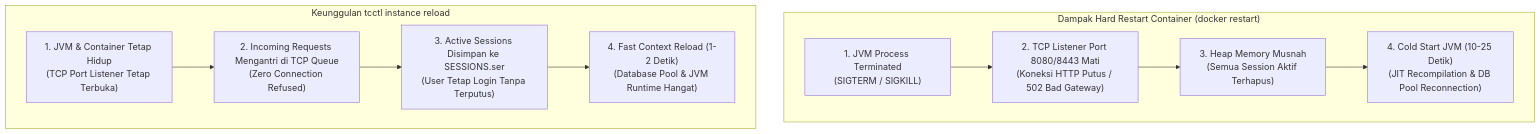
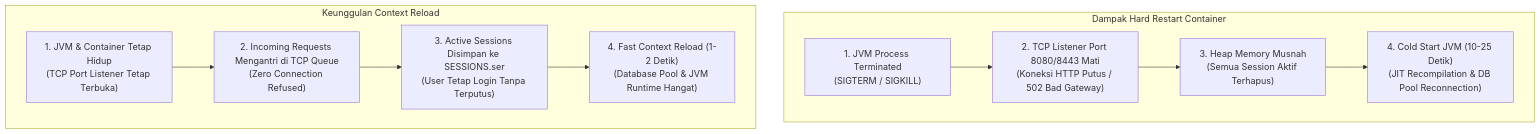
One commit to edkas07-oss/personal-site changed the first of 3 diagrams in content/articles/zero-downtime-tomcat-context-reload-tanpa-memutus-session-tcctl.md. Above: the diagram before and after it, drawn with Mermaid. The commit also changed other lines of this file, not shown here.

Commit message:
docs(article): remove raw code snippets and streamline narrative flow

```diff
--- a/content/articles/zero-downtime-tomcat-context-reload-tanpa-memutus-session-tcctl.md
+++ b/content/articles/zero-downtime-tomcat-context-reload-tanpa-memutus-session-tcctl.md
@@ -39,14 +39,14 @@
 {{< mermaid >}}
 flowchart TD
-    subgraph HARD_RESTART["Dampak Hard Restart Container (docker restart)"]
+    subgraph HARD_RESTART["Dampak Hard Restart Container"]
         A1["1. JVM Process Terminated<br/>(SIGTERM / SIGKILL)"] --> A2["2. TCP Listener Port 8080/8443 Mati<br/>(Koneksi HTTP Putus / 502 Bad Gateway)"]
         A2 --> A3["3. Heap Memory Musnah<br/>(Semua Session Aktif Terhapus)"]
         A3 --> A4["4. Cold Start JVM (10-25 Detik)<br/>(JIT Recompilation & DB Pool Reconnection)"]
     end
 
-    subgraph ZERO_DOWNTIME["Keunggulan tcctl instance reload"]
+    subgraph ZERO_DOWNTIME["Keunggulan Context Reload"]
         B1["1. JVM & Container Tetap Hidup<br/>(TCP Port Listener Tetap Terbuka)"] --> B2["2. Incoming Requests Mengantri di TCP Queue<br/>(Zero Connection Refused)"]
         B2 --> B3["3. Active Sessions Disimpan ke SESSIONS.ser<br/>(User Tetap Login Tanpa Terputus)"]
         B3 --> B4["4. Fast Context Reload (1-2 Detik)<br/>(Database Pool & JVM Runtime Hangat)"]
     end
 {{< /mermaid >}}
```
